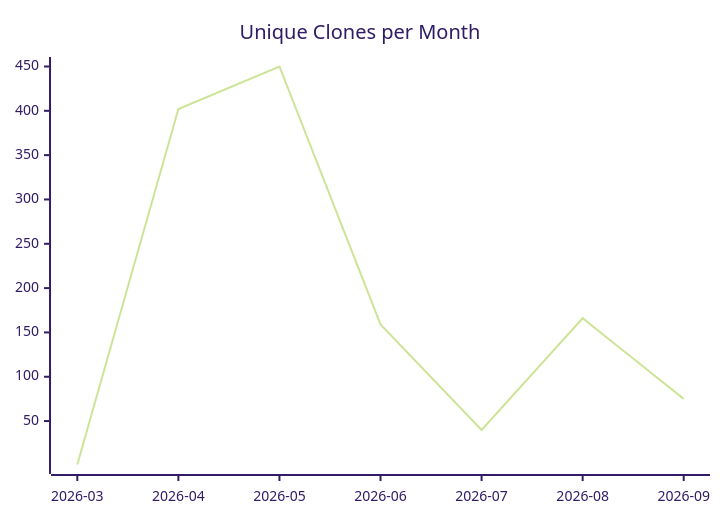
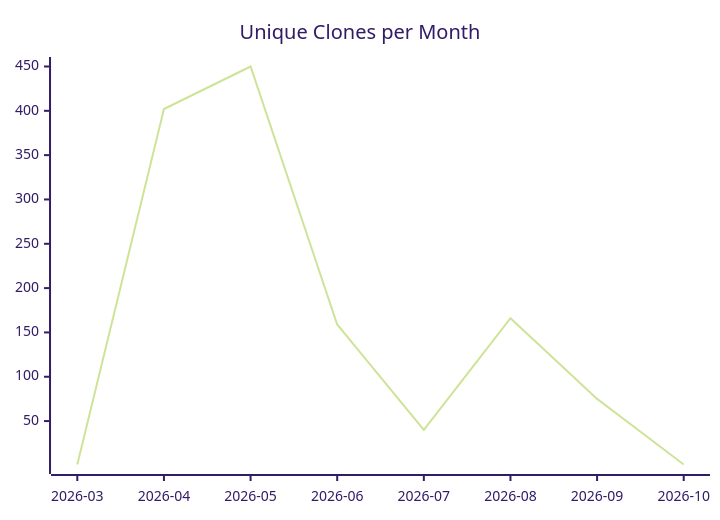
Before and after one commit to justdavis-family/github-analytics-data: the third of 3 diagrams in justdavis-family/justdavis/README.md, drawn with Mermaid (forest theme). The commit also changed other lines of this file and 202 other files, not shown here.

````diff
--- a/justdavis-family/justdavis/README.md
+++ b/justdavis-family/justdavis/README.md
@@ -19,6 +19,6 @@
 ```mermaid
 xychart-beta
   title "Unique Clones per Month"
-  x-axis ["2026-03", "2026-04", "2026-05", "2026-06", "2026-07", "2026-08", "2026-09"]
-  line [1, 402, 450, 159, 40, 166, 75]
+  x-axis ["2026-03", "2026-04", "2026-05", "2026-06", "2026-07", "2026-08", "2026-09", "2026-10"]
+  line [1, 402, 450, 159, 40, 166, 75, 1]
 ```
````
